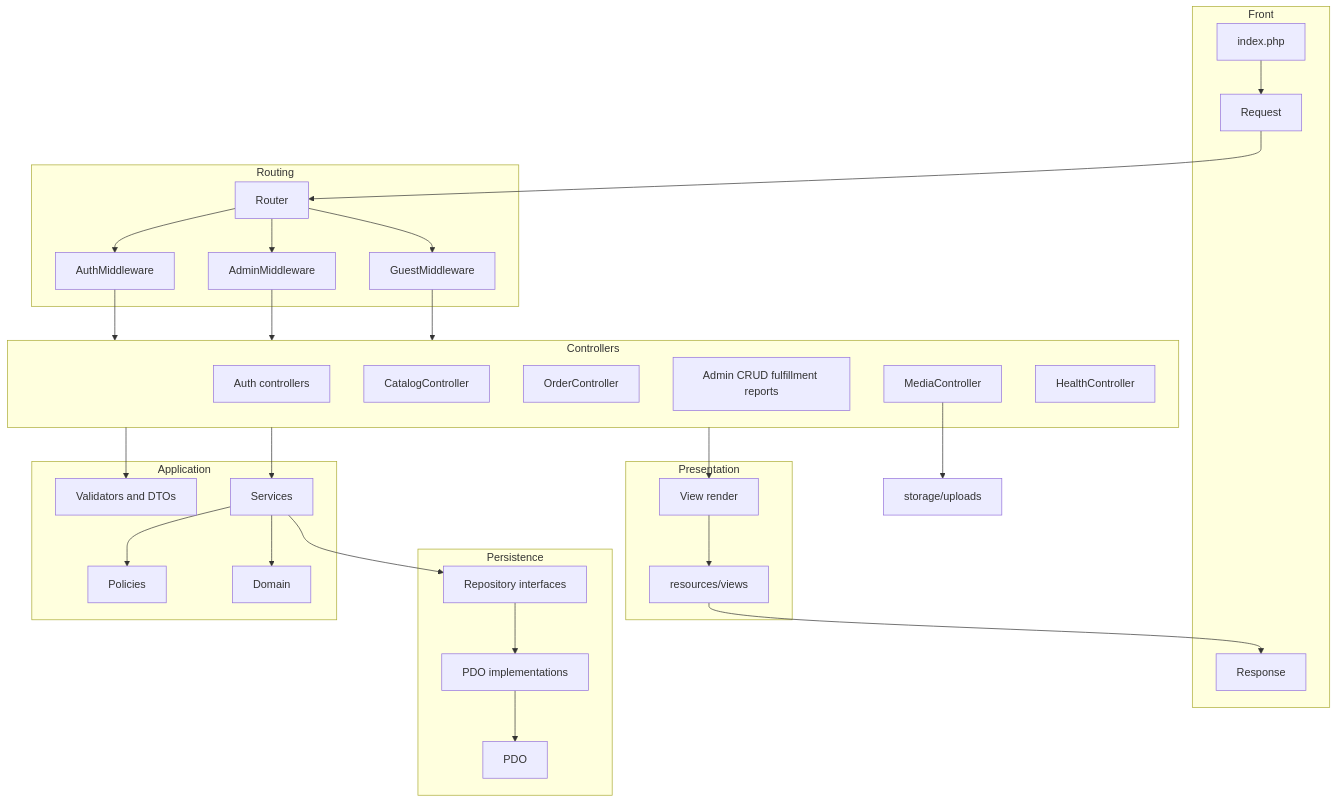
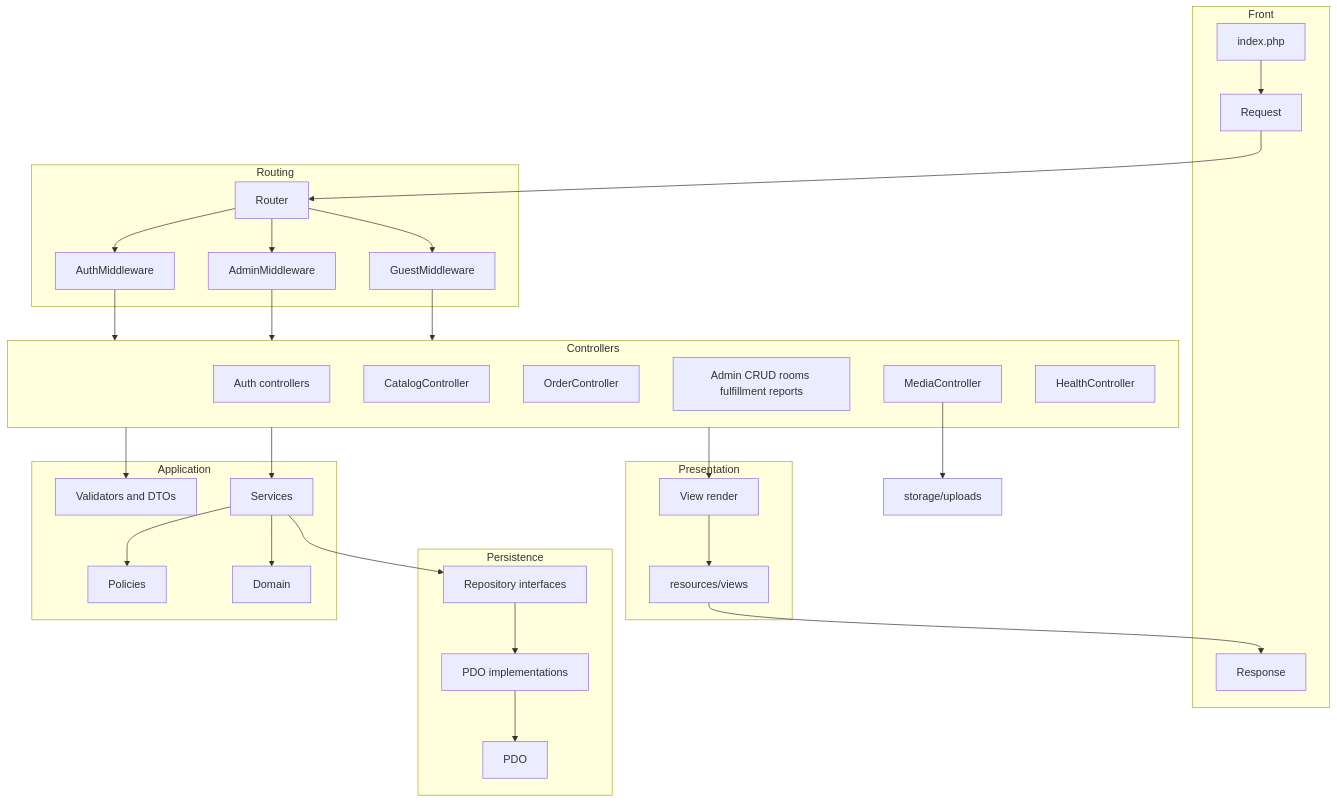
The third of 23 diagrams in docs/system-through-day-5-architecture-guide.md (M9nx/Cafeteria), drawn with Mermaid before and after one commit. The commit also changed other lines of this file, not shown here.

````diff
--- a/docs/system-through-day-5-architecture-guide.md
+++ b/docs/system-through-day-5-architecture-guide.md
@@ -140,53 +148,53 @@
 ```mermaid
 flowchart TB
   subgraph entry [Front]
     Idx[index.php]
     Req[Request]
     Res[Response]
   end
   subgraph pipe [Routing]
     Router[Router]
     AuthMW[AuthMiddleware]
     AdminMW[AdminMiddleware]
     GuestMW[GuestMiddleware]
   end
   subgraph httpc [Controllers]
     AuthC[Auth controllers]
     CatC[CatalogController]
     OrdC[OrderController]
-    AdmC["Admin CRUD fulfillment reports"]
+    AdmC["Admin CRUD rooms fulfillment reports"]
     MedC[MediaController]
     Health[HealthController]
   end
   subgraph appL [Application]
     Pol[Policies]
     Svc[Services]
     Val["Validators and DTOs"]
     Dom[Domain]
   end
   subgraph persist [Persistence]
     RepoI[Repository interfaces]
     RepoP[PDO implementations]
     PdoNode[PDO]
   end
   subgraph pres [Presentation]
     View["View render"]
     Tpl["resources/views"]
   end
   Idx --> Req --> Router
   Router --> AuthMW
   Router --> AdminMW
   Router --> GuestMW
   AuthMW --> httpc
   AdminMW --> httpc
   GuestMW --> httpc
   httpc --> Val
   httpc --> Svc
   httpc --> View
   Svc --> Pol
   Svc --> Dom
   Svc --> RepoI
   RepoI --> RepoP --> PdoNode
   View --> Tpl --> Res
   MedC --> UpFiles["storage/uploads"]
 ```
````
